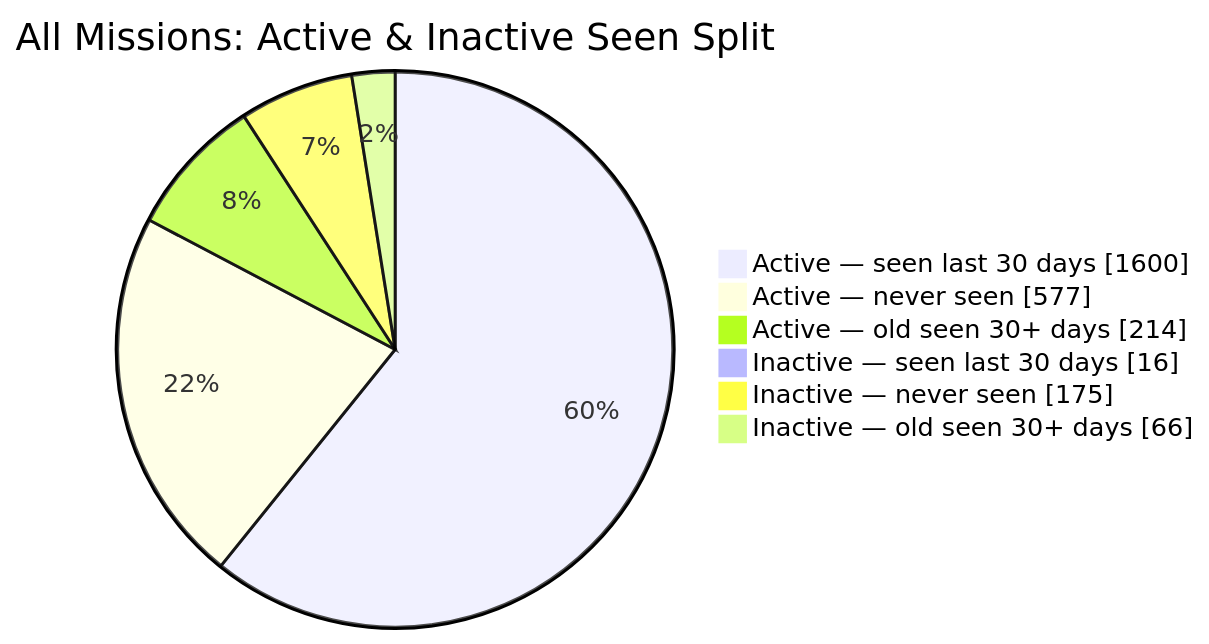
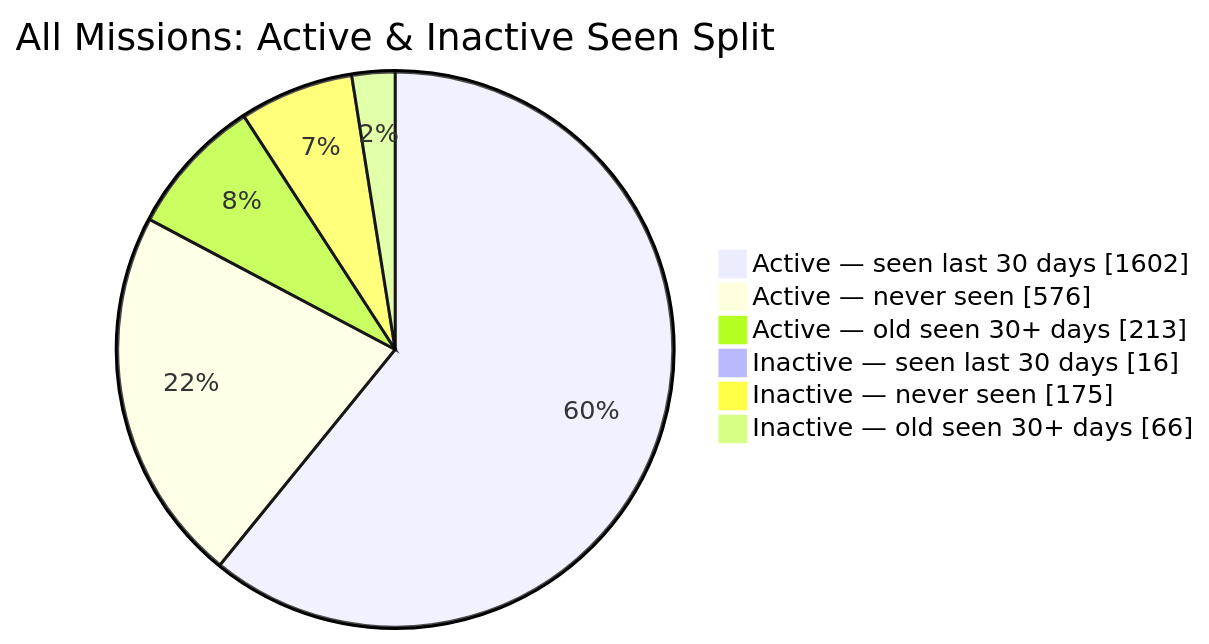
Before and after one commit to MeldkamerspelGameTeam/active-missions: the second of 2 diagrams in README.md, drawn with Mermaid. The commit also changed other lines of this file and 4 other files, not shown here.

````diff
--- a/README.md
+++ b/README.md
@@ -44,10 +44,10 @@
 ```mermaid
 pie showData
     title All Missions: Active & Inactive Seen Split
-    "Active — seen last 30 days" : 1600
-    "Active — never seen" : 577
-    "Active — old seen 30+ days" : 214
+    "Active — seen last 30 days" : 1602
+    "Active — never seen" : 576
+    "Active — old seen 30+ days" : 213
     "Inactive — seen last 30 days" : 16
     "Inactive — never seen" : 175
     "Inactive — old seen 30+ days" : 66
 ```
````
